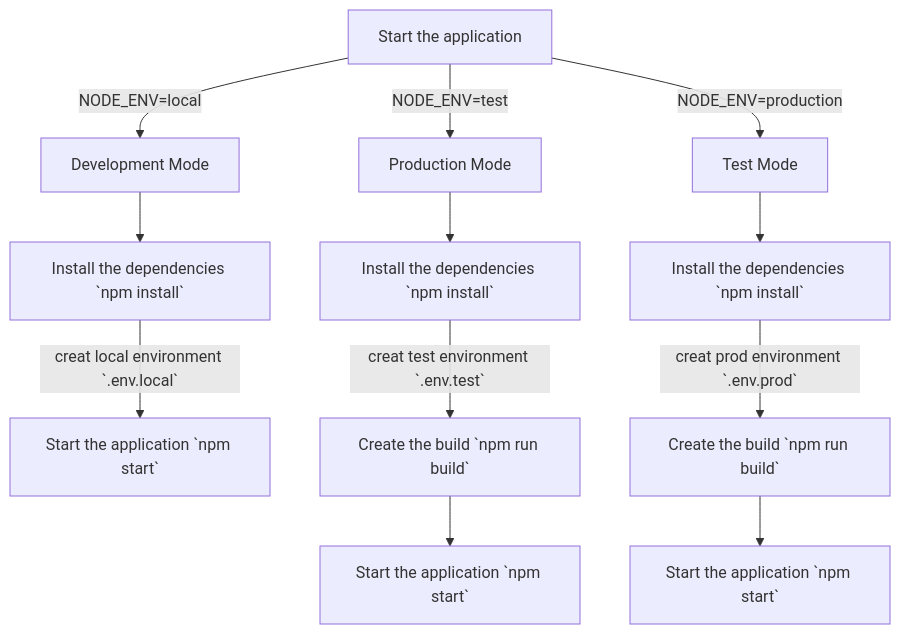
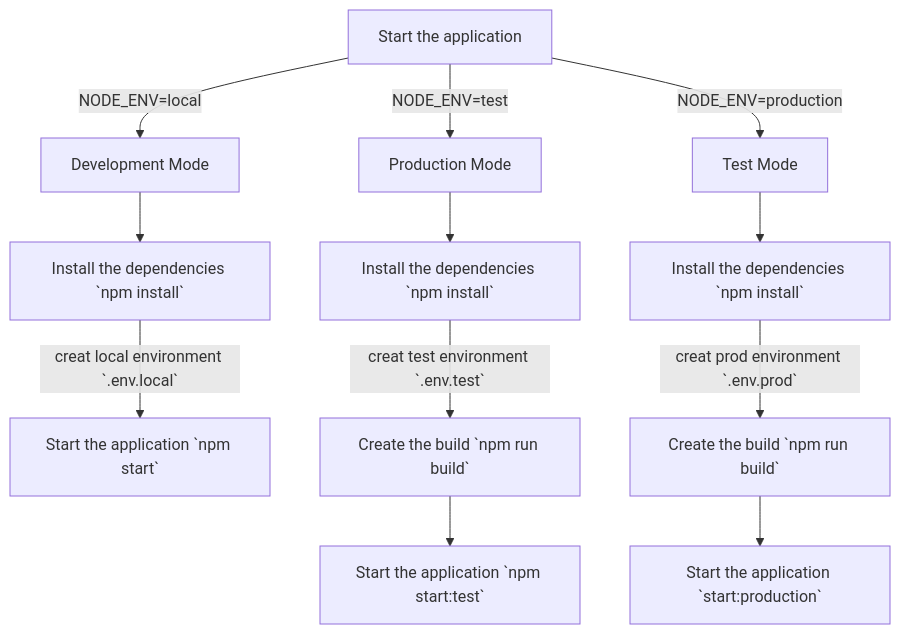
The diagram in README.md (santoshshinde2012/node-boilerplate), drawn with Mermaid before and after one commit.

Commit message:
added mermaid

````diff
--- a/README.md
+++ b/README.md
@@ -43,18 +43,18 @@
 ```mermaid
   flowchart TD;
       A[Start the application]--NODE_ENV=local-->B[Development Mode];
       A--NODE_ENV=test-->C[Production Mode];
       A--NODE_ENV=production-->D[Test Mode];
 
       B-->E[Install the dependencies `npm install`];
       C-->F[Install the dependencies `npm install`];
       D-->G[Install the dependencies `npm install`];
 
       E--creat local environment `.env.local`-->H[Start the application `npm start`];
       F--creat test environment `.env.test`-->I[Create the build `npm run build`];
       G--creat prod environment `.env.prod`-->J[Create the build `npm run build`];
 
-      I-->K[Start the application `npm start`];
-      J-->L[Start the application `npm start`];
+      I-->K[Start the application `npm start:test`];
+      J-->L[Start the application `start:production`];
 
 ```
````
